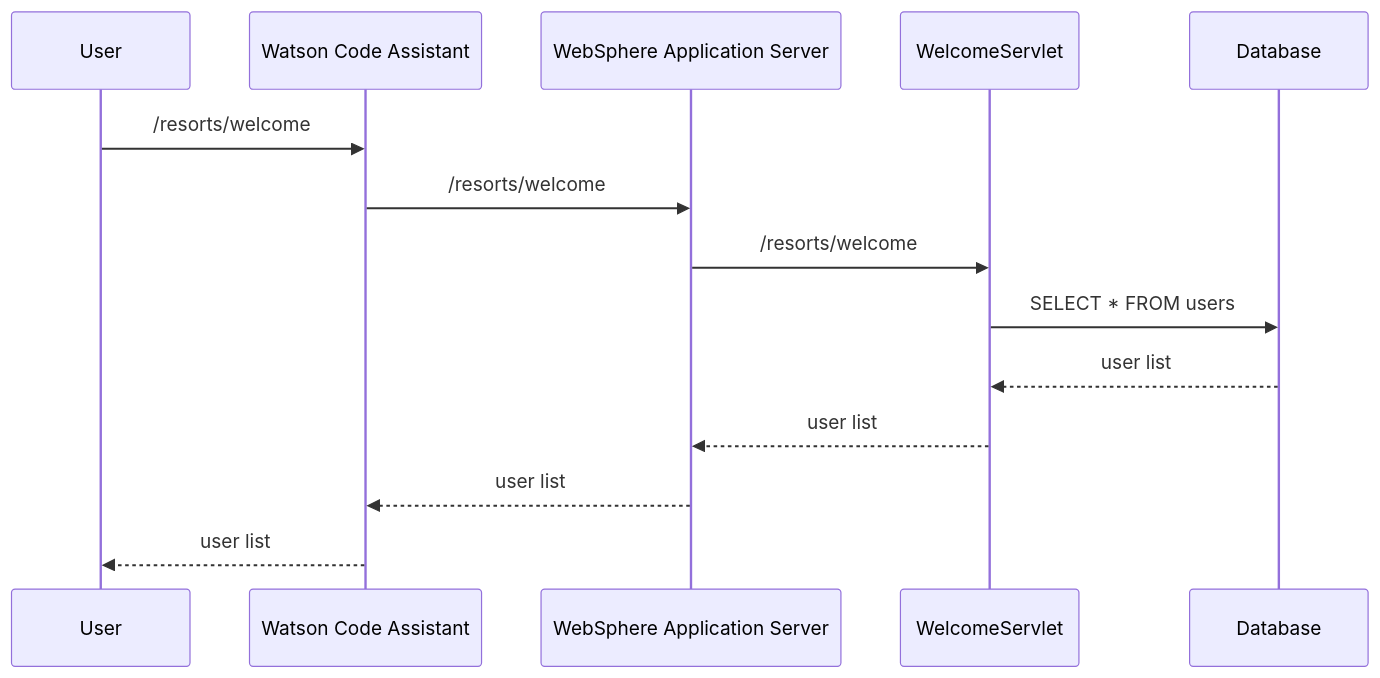
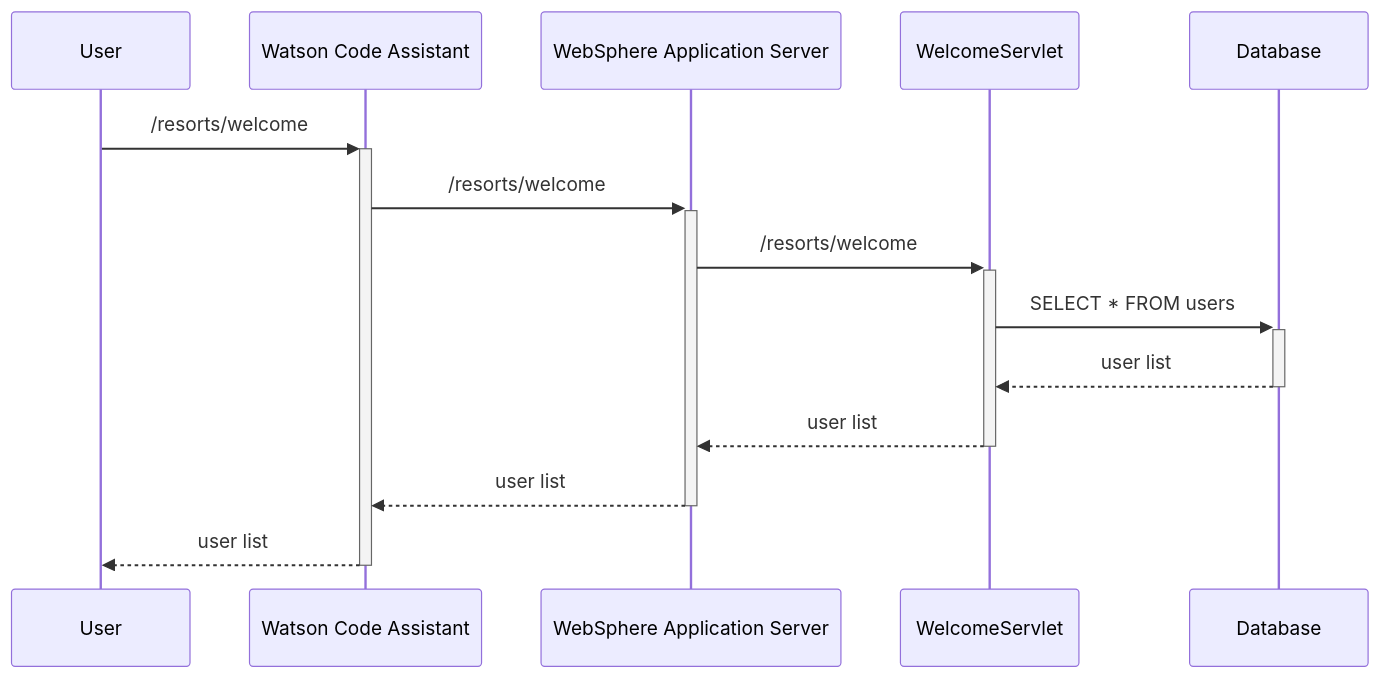
The diagram in modresorts-twas-j8/시퀀스다이어그램.md (paul-cl/wca4ej-workshop), drawn with Mermaid before and after one commit. The commit also changed 1 other file, not shown here.

Commit message:
add diagram

````diff
--- a/modresorts-twas-j8/시퀀스다이어그램.md
+++ b/modresorts-twas-j8/시퀀스다이어그램.md
@@ -3,17 +3,17 @@
 ```mermaid
 sequenceDiagram
     participant User as User
     participant WCA as Watson Code Assistant
     participant WS as WebSphere Application Server
     participant Servlet as WelcomeServlet
     participant DB as Database
 
-    User->>WCA: /resorts/welcome
-    WCA->>WS: /resorts/welcome
-    WS->>Servlet: /resorts/welcome
-    Servlet->>DB: SELECT * FROM users
-    DB-->>Servlet: user list
-    Servlet-->>WS: user list
-    WS-->>WCA: user list
-    WCA-->>User: user list
+    User->>+WCA: /resorts/welcome
+    WCA->>+WS: /resorts/welcome
+    WS->>+Servlet: /resorts/welcome
+    Servlet->>+DB: SELECT * FROM users
+    DB-->>-Servlet: user list
+    Servlet-->>-WS: user list
+    WS-->>-WCA: user list
+    WCA-->>-User: user list
 ```
````
